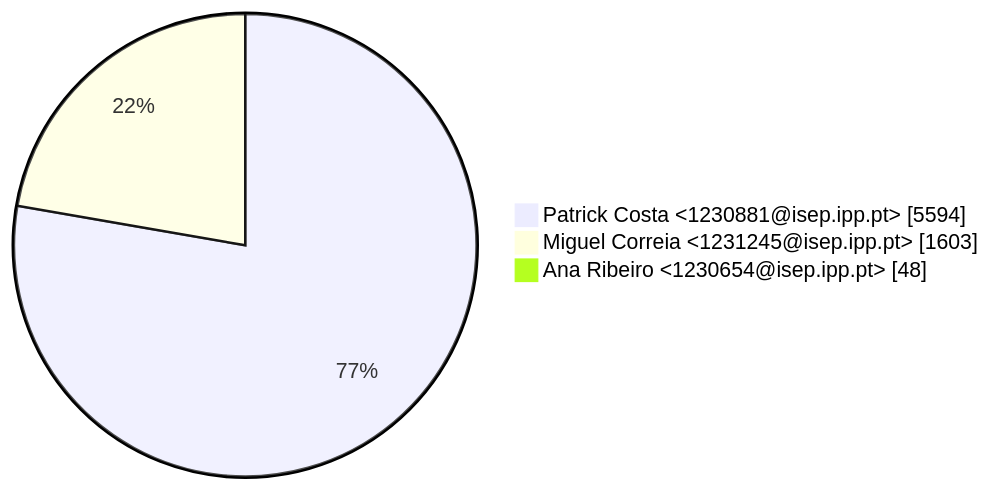
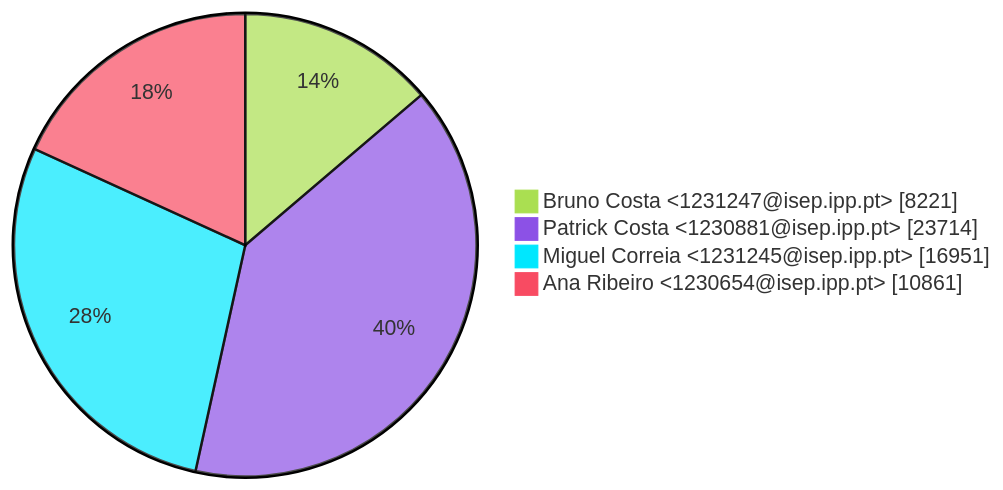
Before and after one commit to PatrickCosta1/LSIS1_Grupo_7_GitHub: the second of 3 diagrams in GitAnalysis/Sprint_2/Contributions.md, drawn with Mermaid. The commit also changed other lines of this file and 1 other file, not shown here.

````diff
--- a/GitAnalysis/Sprint_2/Contributions.md
+++ b/GitAnalysis/Sprint_2/Contributions.md
@@ -17,6 +20,8 @@
 ```mermaid
+%%{init: {'theme': 'base', 'themeVariables': { 'pie1': '#AADF51', 'pie2': '#8C51E6', 'pie3': '#00E7FE', 'pie4': '#F84B62', 'pie5': '#FFDE72', 'pie6': '#3060CF', 'pie7': '#59C9A5'}}}%%
 pie showData
-    " Patrick Costa <1230881@isep.ipp.pt>" : 5594
-    " Miguel Correia <1231245@isep.ipp.pt>" : 1603
-    " Ana Ribeiro <1230654@isep.ipp.pt>" : 48
+    " Bruno Costa <1231247@isep.ipp.pt>" : 8221
+    " Patrick Costa <1230881@isep.ipp.pt>" : 23714
+    " Miguel Correia <1231245@isep.ipp.pt>" : 16951
+    " Ana Ribeiro <1230654@isep.ipp.pt>" : 10861
 ```
````
